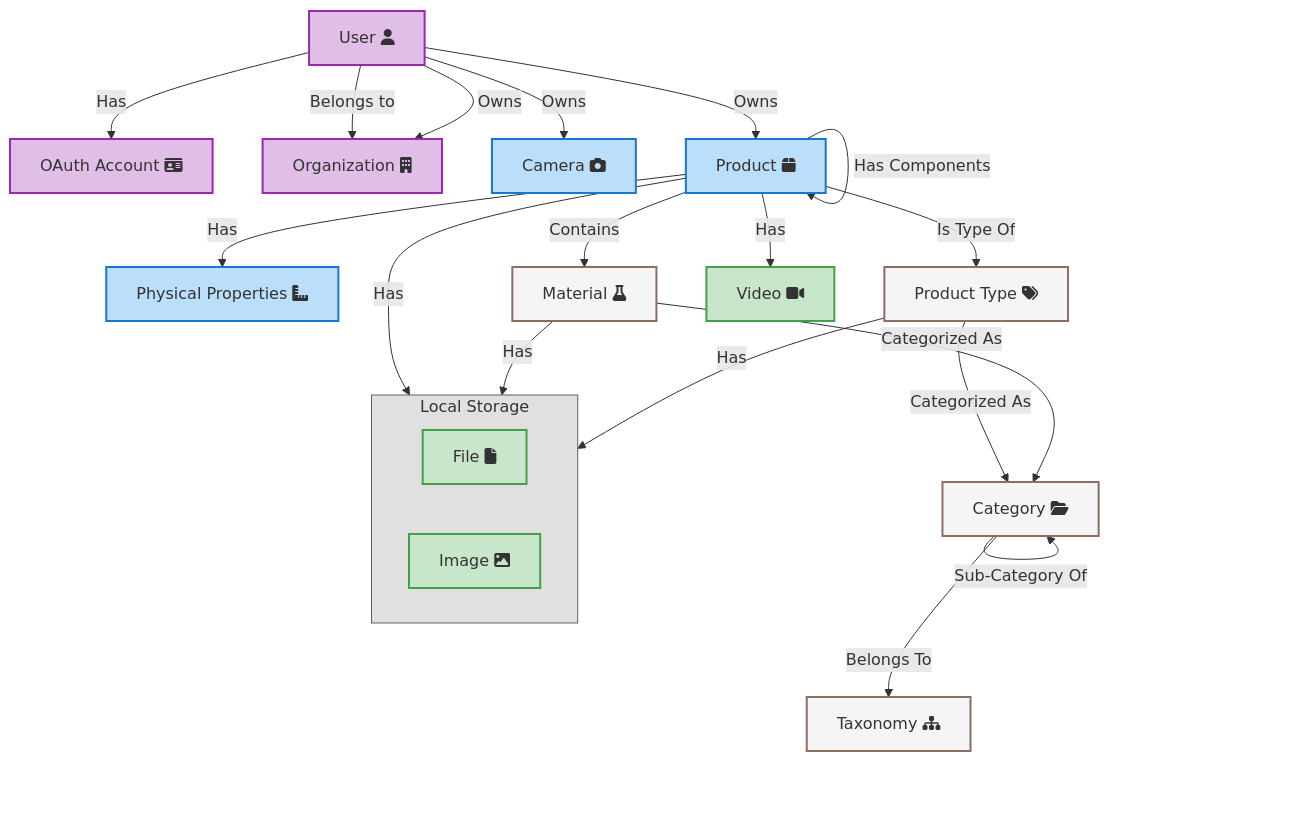
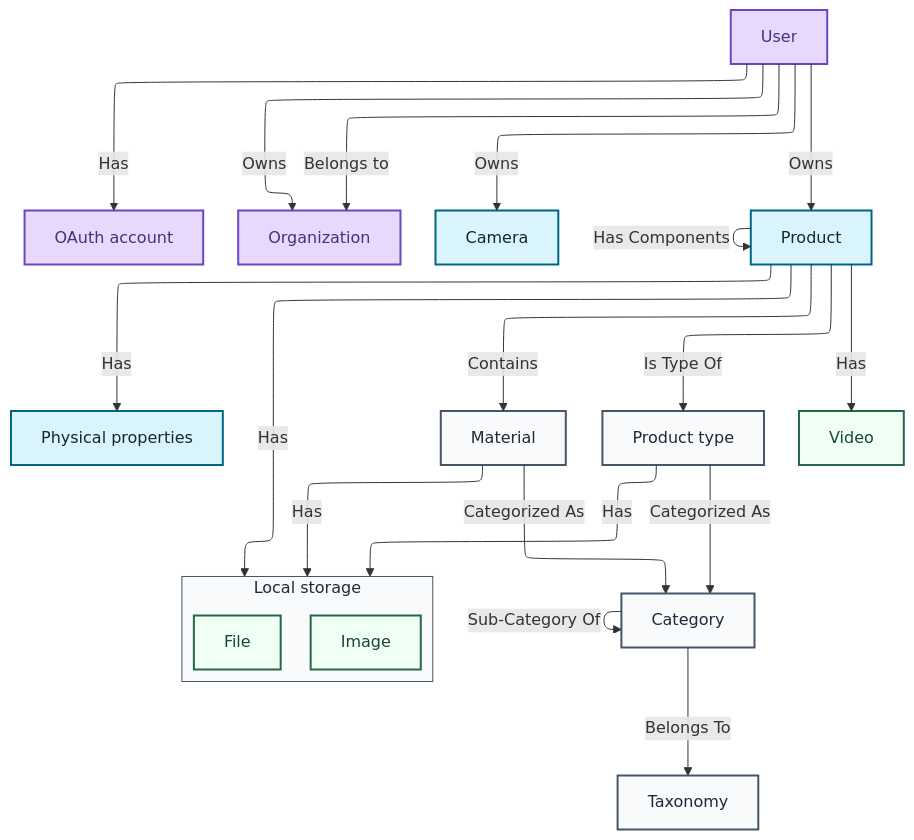
Before and after one commit to CMLPlatform/relab: the first of 5 diagrams in docs/src/content/docs/architecture/datamodel.mdx, drawn with Mermaid. The commit also changed other lines of this file and 41 other files, not shown here.

Commit message:
docs: simplify docs site navigation and diagrams

````diff
--- a/docs/src/content/docs/architecture/datamodel.mdx
+++ b/docs/src/content/docs/architecture/datamodel.mdx
@@ -9,56 +6,60 @@
 ```mermaid
+---
+config:
+    layout: elk
+---
 graph TD
 
-        User["User fa:fa-user"]
-        OAuthAccount["OAuth Account fa:fa-id-card"]
-        Organization["Organization fa:fa-building"]
+        User["User"]
+        OAuthAccount["OAuth account"]
+        Organization["Organization"]
 
-        Camera["Camera fa:fa-camera"]
-        Product["Product fa:fa-box"]
-        PhysicalProperties["Physical Properties fa:fa-ruler-combined"]
+        Camera["Camera"]
+        Product["Product"]
+        PhysicalProperties["Physical properties"]
 
-        Taxonomy["Taxonomy fa:fa-sitemap"]
-        Material["Material fa:fa-flask"]
-        Category["Category fa:fa-folder-open"]
-        ProductType["Product Type fa:fa-tags"]
+        Taxonomy["Taxonomy"]
+        Material["Material"]
+        Category["Category"]
+        ProductType["Product type"]
 
-        subgraph LocalStorage["Local Storage"]
-            File["File fa:fa-file"]
-            Image["Image fa:fa-image"]
+        subgraph LocalStorage["Local storage"]
+            File["File"]
+            Image["Image"]
         end
-        Video["Video fa:fa-video"]
+        Video["Video"]
 
     User -->|Has| OAuthAccount
     User -->|Belongs to| Organization
     User -->|Owns| Organization
 
     User -->|Owns| Camera
 
     User -->|Owns| Product
     Product -->|Has Components| Product
     Product -->|Contains| Material
     Product -->|Is Type Of| ProductType
     Product -->|Has| PhysicalProperties
     ProductType -->|Categorized As| Category
     Material -->|Categorized As| Category
     Category -->|Sub-Category Of| Category
     Category -->|Belongs To| Taxonomy
     Product -->|Has| LocalStorage
     Product -->|Has| Video
     Material -->|Has| LocalStorage
     ProductType -->|Has| LocalStorage
 
-    style LocalStorage fill:#e0e0e0,stroke:#616161,stroke-width:1px;
+    style LocalStorage fill:#f8fafc,stroke:#475569,stroke-width:1px,color:#1e293b;
 
-    classDef UserManagementFill fill:#e1bee7,stroke:#9c27b0,stroke-width:2px;
+    classDef UserManagementFill fill:#e9d8fd,stroke:#6b46c1,stroke-width:2px,color:#44337a;
     class User,OAuthAccount,Organization UserManagementFill;
 
-    classDef DataCollectionFill fill:#bbdefb,stroke:#1976d2,stroke-width:2px;
+    classDef DataCollectionFill fill:#d9f4fb,stroke:#006783,stroke-width:2px,color:#13263a;
     class Product,PhysicalProperties,Camera DataCollectionFill;
 
-    classDef ReferenceDataFill fill:#f5f5f5,stroke:#8d6e63,stroke-width:2px;
+    classDef ReferenceDataFill fill:#f8fafc,stroke:#475569,stroke-width:2px,color:#1e293b;
     class Taxonomy,Material,Category,ProductType ReferenceDataFill;
 
-    classDef MediaFill fill:#c8e6c9,stroke:#43a047,stroke-width:2px;
+    classDef MediaFill fill:#f0fff4,stroke:#276749,stroke-width:2px,color:#1a4731;
     class File,Image,Video MediaFill;
 ```
````
